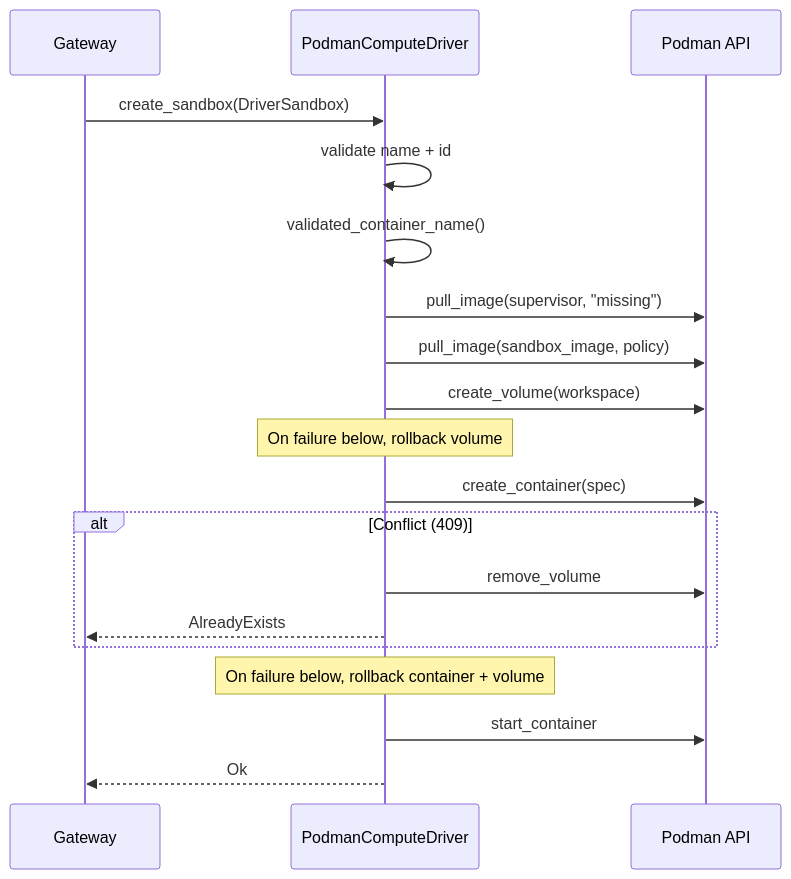
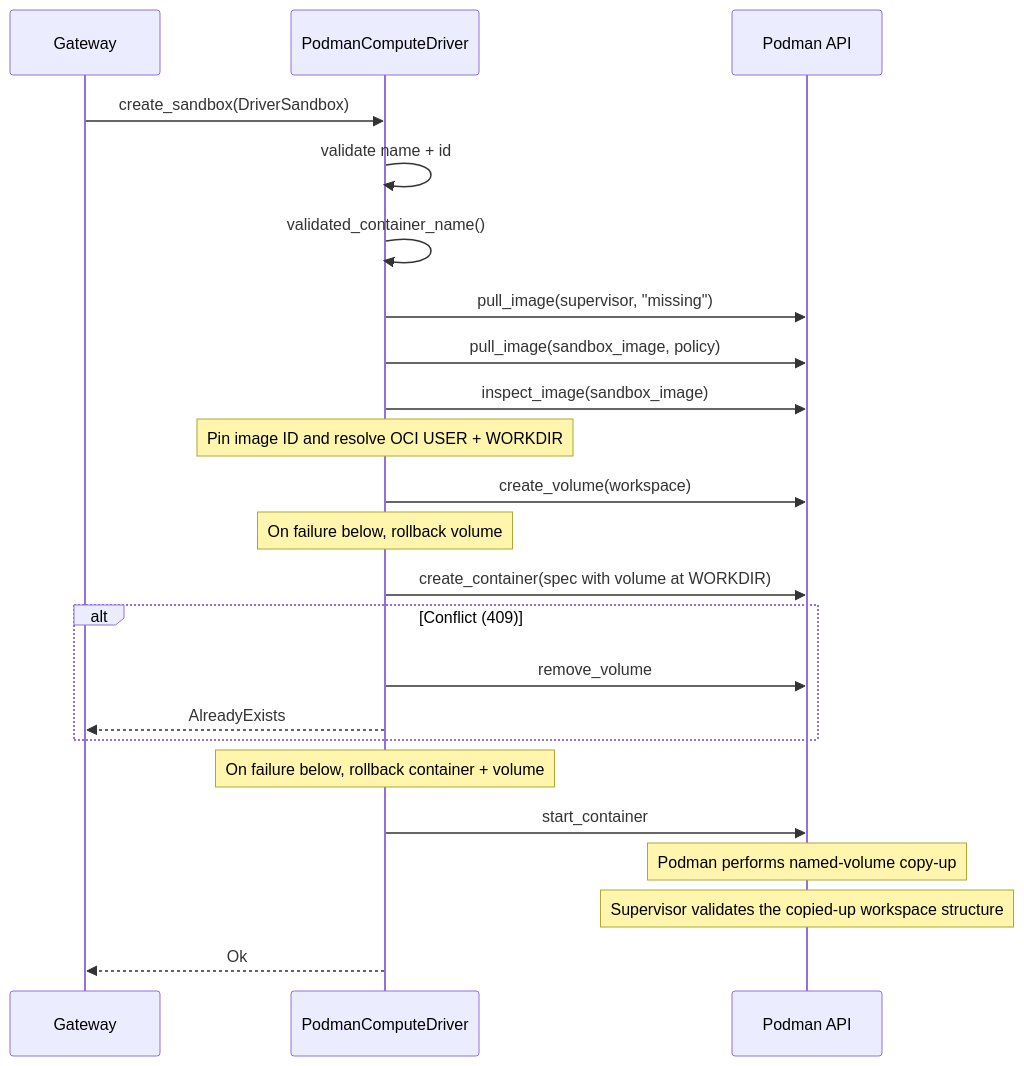
One commit to NVIDIA/OpenShell changed the fourth of 4 diagrams in crates/openshell-driver-podman/README.md. Above: the diagram before and after it, drawn with Mermaid. The commit also changed other lines of this file and 19 other files, not shown here.

Commit message:
feat(podman): honor OCI image working directories

````diff
--- a/crates/openshell-driver-podman/README.md
+++ b/crates/openshell-driver-podman/README.md
@@ -282,26 +311,30 @@
 ```mermaid
 sequenceDiagram
     participant GW as Gateway
     participant D as PodmanComputeDriver
     participant P as Podman API
 
     GW->>D: create_sandbox(DriverSandbox)
     D->>D: validate name + id
     D->>D: validated_container_name()
 
     D->>P: pull_image(supervisor, "missing")
     D->>P: pull_image(sandbox_image, policy)
+    D->>P: inspect_image(sandbox_image)
+    Note over D: Pin image ID and resolve OCI USER + WORKDIR
 
     D->>P: create_volume(workspace)
     Note over D: On failure below, rollback volume
 
-    D->>P: create_container(spec)
+    D->>P: create_container(spec with volume at WORKDIR)
     alt Conflict (409)
         D->>P: remove_volume
         D-->>GW: AlreadyExists
     end
     Note over D: On failure below, rollback container + volume
 
     D->>P: start_container
+    Note over P: Podman performs named-volume copy-up
+    Note over P: Supervisor validates the copied-up workspace structure
     D-->>GW: Ok
 ```
````
